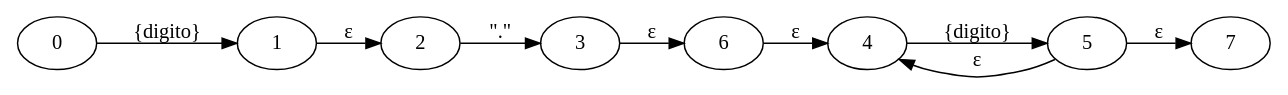
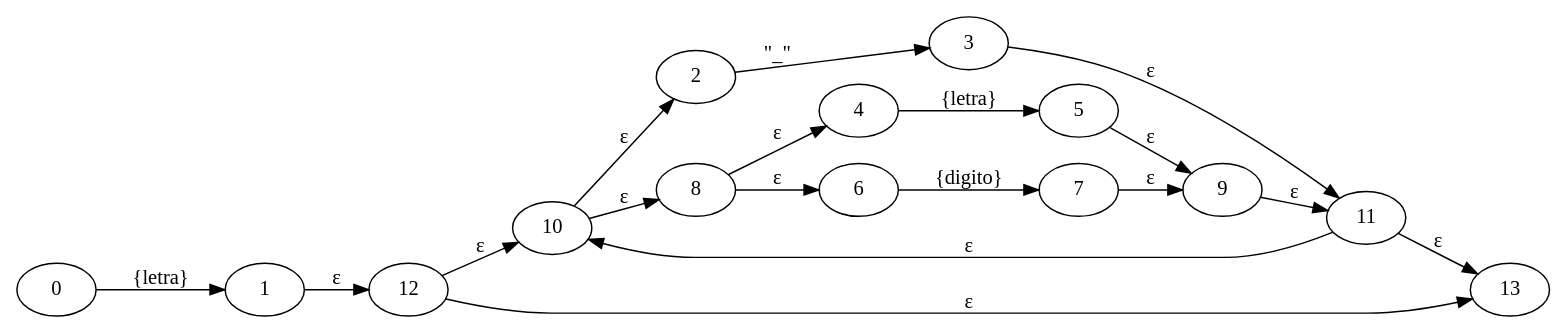
The diagram in out/production/Proyecto1/Graphviz/AFND0.dot (RojasCJP/Proyecto1_Compi1), drawn with Graphviz before and after one commit. The commit also changed 276 other files, not shown here.

```diff
--- a/out/production/Proyecto1/Graphviz/AFND0.dot
+++ b/out/production/Proyecto1/Graphviz/AFND0.dot
@@ -1,10 +1,19 @@
 digraph {
-  rankdir = LR; 0->1 [label="{digito}"];
- 2->3 [label="\".\""];
- 4->5 [label="{digito}"];
- 6->4 [label="ε"];
- 5->7 [label="ε"];
- 5->4 [label="ε"];
- 3->6 [label="ε"];
- 1->2 [label="ε"];
+  rankdir = LR; 0->1 [label="{letra}"];
+ 2->3 [label="\"_\""];
+ 4->5 [label="{letra}"];
+ 6->7 [label="{digito}"];
+ 8->4 [label="ε"];
+ 8->6 [label="ε"];
+ 5->9 [label="ε"];
+ 7->9 [label="ε"];
+ 10->2 [label="ε"];
+ 10->8 [label="ε"];
+ 3->11 [label="ε"];
+ 9->11 [label="ε"];
+ 12->10 [label="ε"];
+ 11->13 [label="ε"];
+ 11->10 [label="ε"];
+ 12->13 [label="ε"];
+ 1->12 [label="ε"];
 }
```
